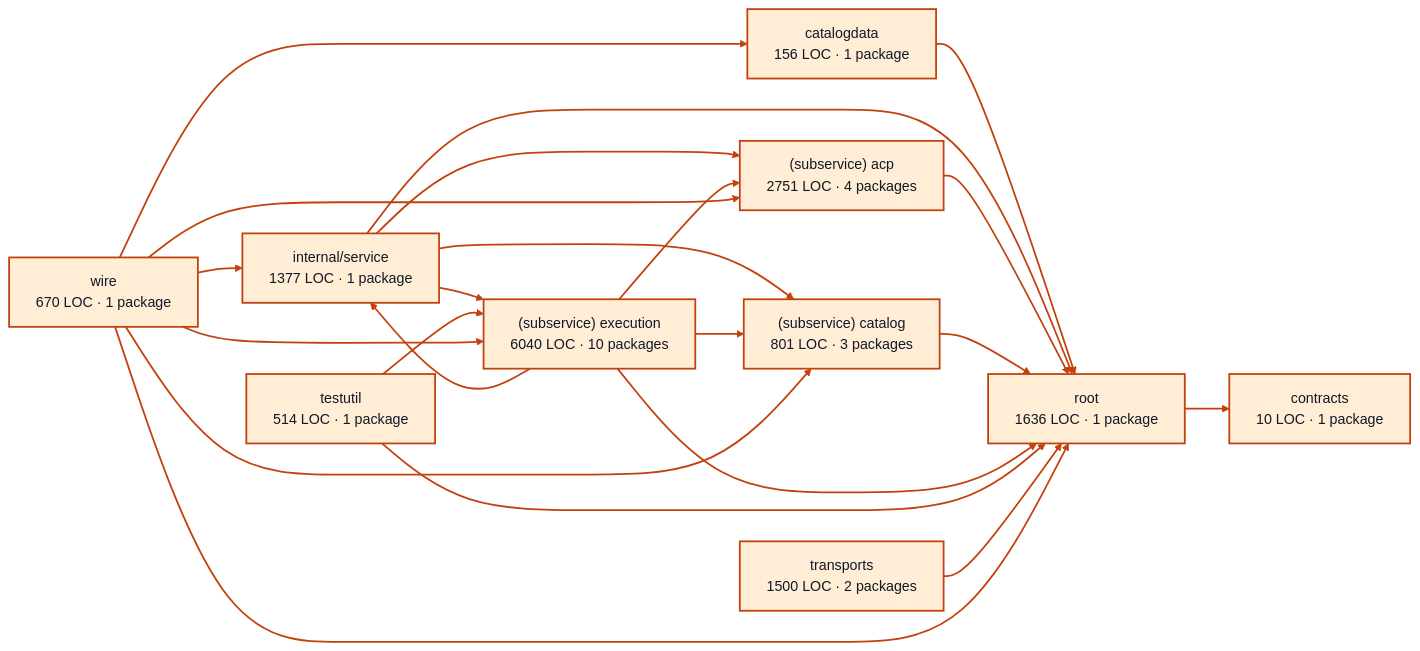
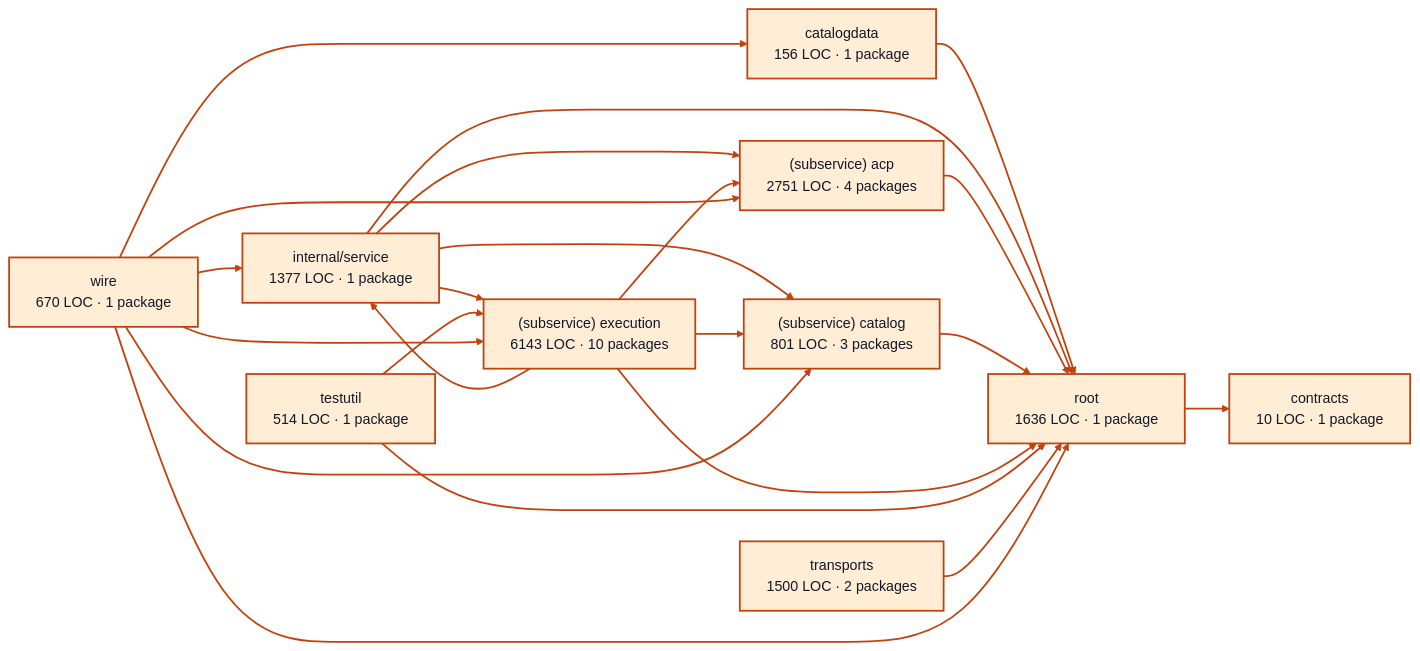
The diagram in docs/architecture/visualizations/services/providers.md (portpowered/you-agent-factory), drawn with Mermaid before and after one commit. The commit also changed other lines of this file and 21 other files, not shown here.

Commit message:
docs: refresh backend architecture visualizations

````diff
--- a/docs/architecture/visualizations/services/providers.md
+++ b/docs/architecture/visualizations/services/providers.md
@@ -11,45 +11,45 @@
 ```mermaid
 flowchart LR
   p0["catalogdata<br/>156 LOC · 1 package"]
   p1["contracts<br/>10 LOC · 1 package"]
   p2["internal/service<br/>1377 LOC · 1 package"]
   p3["(subservice) acp<br/>2751 LOC · 4 packages"]
   p4["(subservice) catalog<br/>801 LOC · 3 packages"]
-  p5["(subservice) execution<br/>6040 LOC · 10 packages"]
+  p5["(subservice) execution<br/>6143 LOC · 10 packages"]
   p6["testutil<br/>514 LOC · 1 package"]
   p7["root<br/>1636 LOC · 1 package"]
   p8["transports<br/>1500 LOC · 2 packages"]
   p9["wire<br/>670 LOC · 1 package"]
   p0 --> p7
   p2 --> p3
   p2 --> p4
   p2 --> p5
   p2 --> p7
   p3 --> p7
   p4 --> p7
   p5 --> p2
   p5 --> p3
   p5 --> p4
   p5 --> p7
   p6 --> p5
   p6 --> p7
   p7 --> p1
   p8 --> p7
   p9 --> p0
   p9 --> p2
   p9 --> p3
   p9 --> p4
   p9 --> p5
   p9 --> p7
   style p0 fill:#ffedd5,stroke:#c2410c,stroke-width:2px,color:#111827
   style p1 fill:#ffedd5,stroke:#c2410c,stroke-width:2px,color:#111827
   style p2 fill:#ffedd5,stroke:#c2410c,stroke-width:2px,color:#111827
   style p3 fill:#ffedd5,stroke:#c2410c,stroke-width:2px,color:#111827
   style p4 fill:#ffedd5,stroke:#c2410c,stroke-width:2px,color:#111827
   style p5 fill:#ffedd5,stroke:#c2410c,stroke-width:2px,color:#111827
   style p6 fill:#ffedd5,stroke:#c2410c,stroke-width:2px,color:#111827
   style p7 fill:#ffedd5,stroke:#c2410c,stroke-width:2px,color:#111827
   style p8 fill:#ffedd5,stroke:#c2410c,stroke-width:2px,color:#111827
   style p9 fill:#ffedd5,stroke:#c2410c,stroke-width:2px,color:#111827
   linkStyle default stroke:#c2410c,stroke-width:2px
 ```
````
